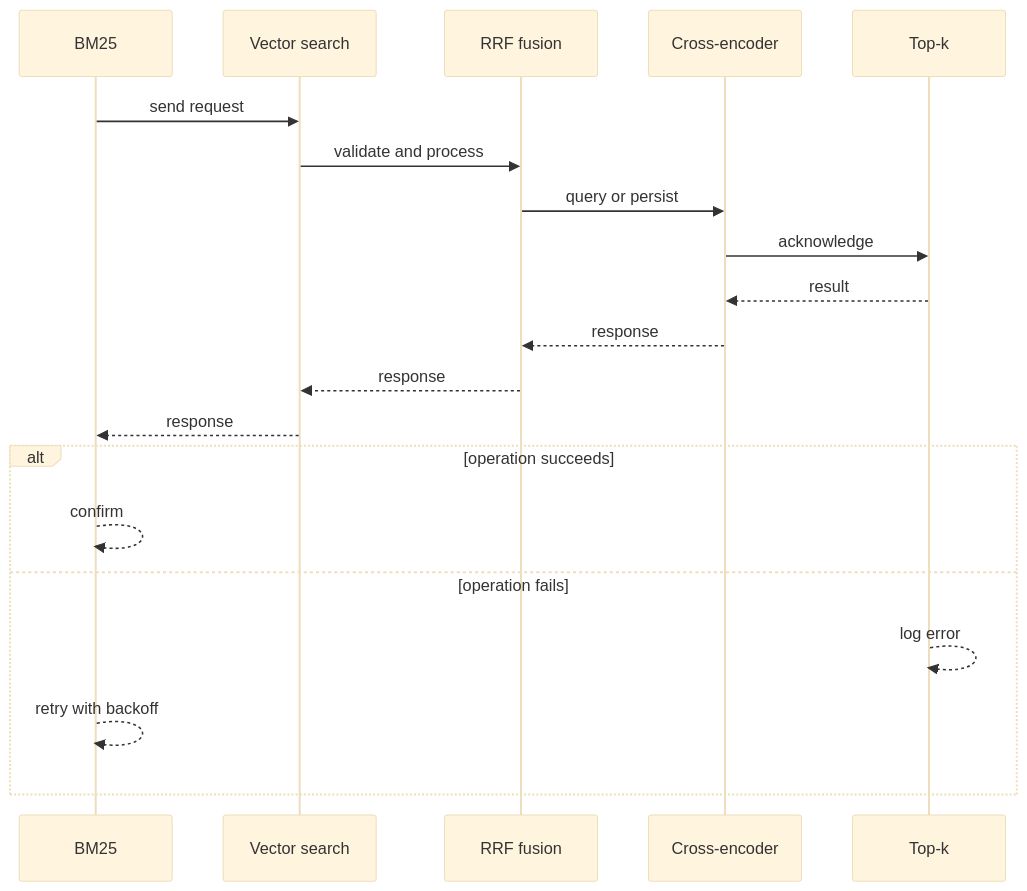
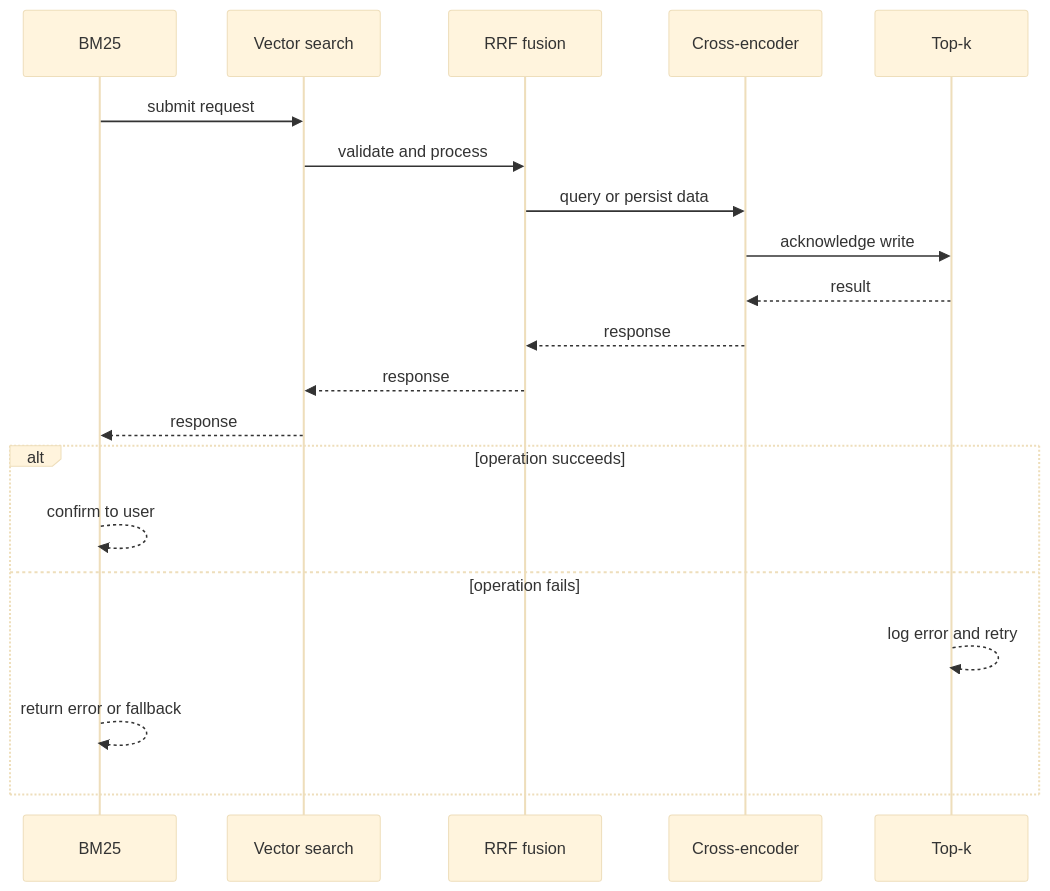
One commit to RIT-MESH/system-design-mastery changed the second of 4 diagrams in case-studies/ai-systems/ai-search-engine.md. Above: the diagram before and after it, drawn with Mermaid (base theme). The commit also changed other lines of this file and 127 other files, not shown here.

First line of the commit message:
Improve all case study diagrams: case-specific sequences, fix truncated labels

````diff
--- a/case-studies/ai-systems/ai-search-engine.md
+++ b/case-studies/ai-systems/ai-search-engine.md
@@ -75,23 +75,23 @@
 ```mermaid
 %% created-for: system-design-mastery
 sequenceDiagram
-  participant C0 as BM25
-  participant C1 as Vector search
-  participant C2 as RRF fusion
-  participant C3 as Cross-encoder
-  participant C4 as Top-k
-  C0 ->> C1: send request
-  C1 ->> C2: validate and process
-  C2 ->> C3: query or persist
-  C3 ->> C4: acknowledge
-  C4 -->> C3: result
-  C3 -->> C2: response
-  C2 -->> C1: response
-  C1 -->> C0: response
+  participant P0 as BM25
+  participant P1 as Vector search
+  participant P2 as RRF fusion
+  participant P3 as Cross-encoder
+  participant P4 as Top-k
+  P0 ->> P1: submit request
+  P1 ->> P2: validate and process
+  P2 ->> P3: query or persist data
+  P3 ->> P4: acknowledge write
+  P4 -->> P3: result
+  P3 -->> P2: response
+  P2 -->> P1: response
+  P1 -->> P0: response
   alt operation succeeds
-    C0 -->> C0: confirm
+    P0 -->> P0: confirm to user
   else operation fails
-    C4 -->> C4: log error
-    C0 -->> C0: retry with backoff
+    P4 -->> P4: log error and retry
+    P0 -->> P0: return error or fallback
   end
 ```
````
